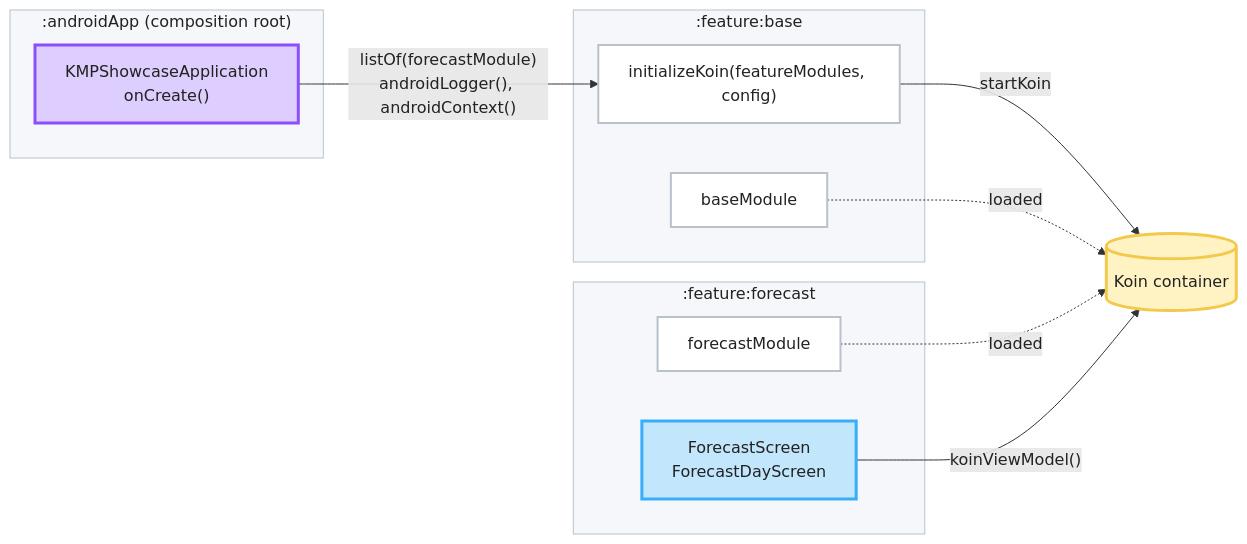
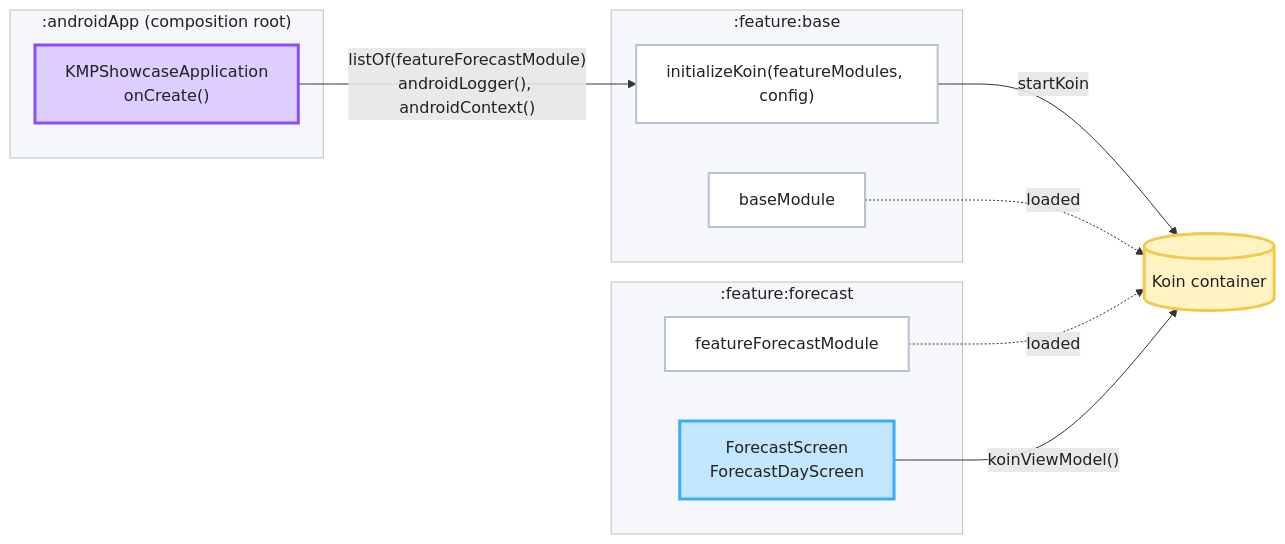
Before and after one commit to igorwojda/kmp-showcase: the second of 3 diagrams in README.md, drawn with Mermaid. The commit also changed other lines of this file and 3 other files, not shown here.

Commit message:
Rename forecastModule to featureForecastModule for improved clarity in dependency injection

````diff
--- a/README.md
+++ b/README.md
@@ -216,38 +216,38 @@
 ```mermaid
 flowchart LR
     subgraph androidApp[":androidApp (composition root)"]
         application["KMPShowcaseApplication<br/>onCreate()"]
     end
 
     subgraph base[":feature:base"]
         initializeKoin["initializeKoin(featureModules, config)"]
         baseModule["baseModule"]
     end
 
     subgraph forecast[":feature:forecast"]
-        forecastModule["forecastModule"]
+        featureForecastModule["featureForecastModule"]
         screens["ForecastScreen<br/>ForecastDayScreen"]
     end
 
     koin[("Koin container")]
 
-    application -- "listOf(forecastModule)<br/>androidLogger(), androidContext()" --> initializeKoin
+    application -- "listOf(featureForecastModule)<br/>androidLogger(), androidContext()" --> initializeKoin
     initializeKoin -- "startKoin" --> koin
     baseModule -. "loaded" .-> koin
-    forecastModule -. "loaded" .-> koin
+    featureForecastModule -. "loaded" .-> koin
     screens -- "koinViewModel()" --> koin
 
     classDef root fill:#DECDFF,stroke:#8C4FFF,stroke-width:3px,color:#222222;
     classDef ui fill:#C2E6FC,stroke:#38ADFA,stroke-width:3px,color:#222222;
     classDef code fill:#FFFFFF,stroke:#B8C2CC,stroke-width:2px,color:#222222;
     classDef container fill:#FFF3C4,stroke:#F2C94C,stroke-width:3px,color:#222222;
 
     class application root;
     class screens ui;
-    class initializeKoin,baseModule,forecastModule code;
+    class initializeKoin,baseModule,featureForecastModule code;
     class koin container;
 
     style androidApp fill:#F5F7FA,stroke:#B8C2CC,color:#222222;
     style base fill:#F5F7FA,stroke:#B8C2CC,color:#222222;
     style forecast fill:#F5F7FA,stroke:#B8C2CC,color:#222222;
 ```
````
